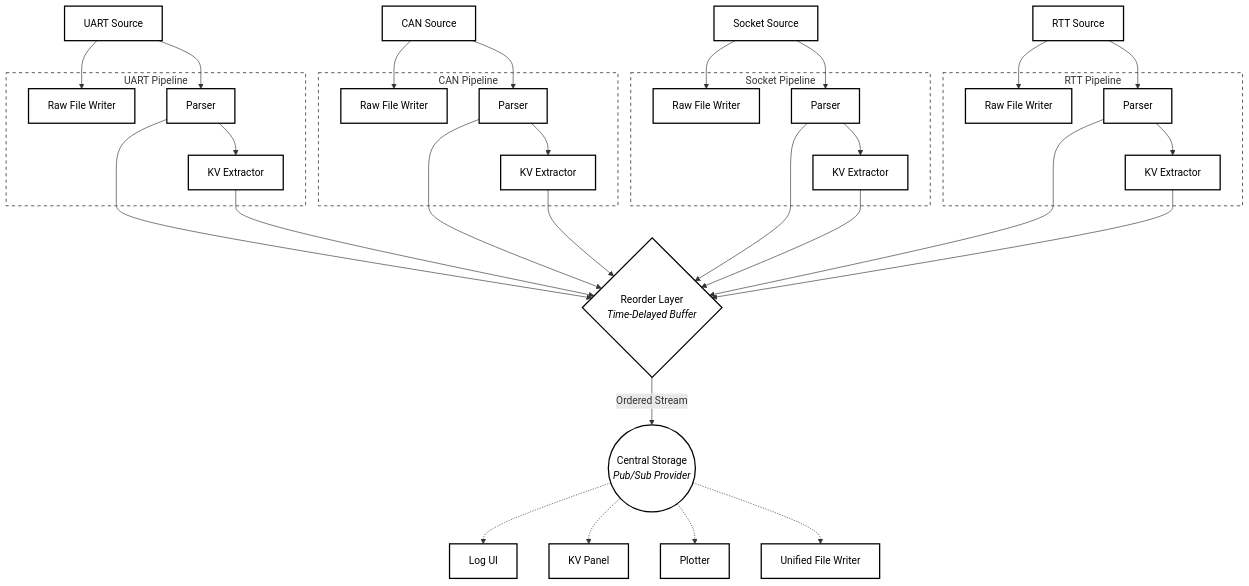
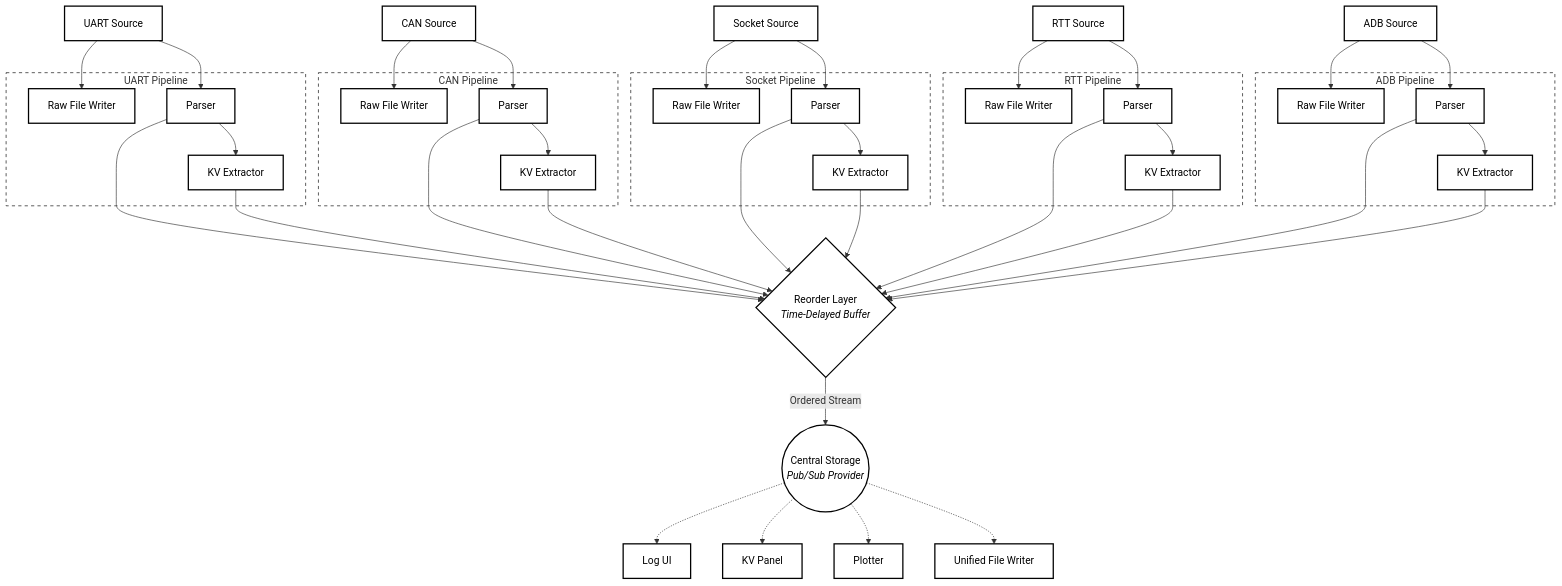
Before and after one commit to roland2025/blinkview: the diagram in README.md, drawn with Mermaid. The commit also changed other lines of this file, not shown here.

````diff
--- a/README.md
+++ b/README.md
@@ -80,6 +81,7 @@
     CAN[CAN Source]
     Socket[Socket Source]
     RTT[RTT Source]
+    ADB[ADB Source]
 
     %% Pipeline Subgraphs
     subgraph UART_Pipe [UART Pipeline]
@@ -104,6 +106,12 @@
         RTT_Raw[Raw File Writer]
         RTT_P[Parser]
         RTT_KV[KV Extractor]
+    end
+
+    subgraph ADB_Pipe [ADB Pipeline]
+        ADB_Raw[Raw File Writer]
+        ADB_P[Parser]
+        ADB_KV[KV Extractor]
     end
 
     %% Reorder Logic
@@ -139,6 +147,11 @@
     RTT_P --> RTT_KV
     RTT_P & RTT_KV --> Reorder
 
+    ADB --> ADB_Raw
+    ADB --> ADB_P
+    ADB_P --> ADB_KV
+    ADB_P & ADB_KV --> Reorder
+
     %% Chronological Alignment to Hub
     Reorder -- "Ordered Stream" --> Storage
     
@@ -150,11 +163,12 @@
 
     %% B&W Styling
     classDef bw fill:#fff,stroke:#000,stroke-width:2px,color:#000
-    class UART,CAN,Socket,RTT,UART_P,CAN_P,Sock_P,RTT_P,UART_KV,CAN_KV,Sock_KV,RTT_KV,UART_Raw,CAN_Raw,Sock_Raw,RTT_Raw,Reorder,Storage,LogUI,KVPanel,Plotter,UWriter bw
+    class UART,CAN,Socket,RTT,ADB,UART_P,CAN_P,Sock_P,RTT_P,ADB_P,UART_KV,CAN_KV,Sock_KV,RTT_KV,ADB_KV,UART_Raw,CAN_Raw,Sock_Raw,RTT_Raw,ADB_Raw,Reorder,Storage,LogUI,KVPanel,Plotter,UWriter bw
     
     %% Subgraph Styling
     style UART_Pipe fill:none,stroke:#000,stroke-dasharray: 5 5
     style CAN_Pipe fill:none,stroke:#000,stroke-dasharray: 5 5
     style Sock_Pipe fill:none,stroke:#000,stroke-dasharray: 5 5
     style RTT_Pipe fill:none,stroke:#000,stroke-dasharray: 5 5
+    style ADB_Pipe fill:none,stroke:#000,stroke-dasharray: 5 5
 ```
````
